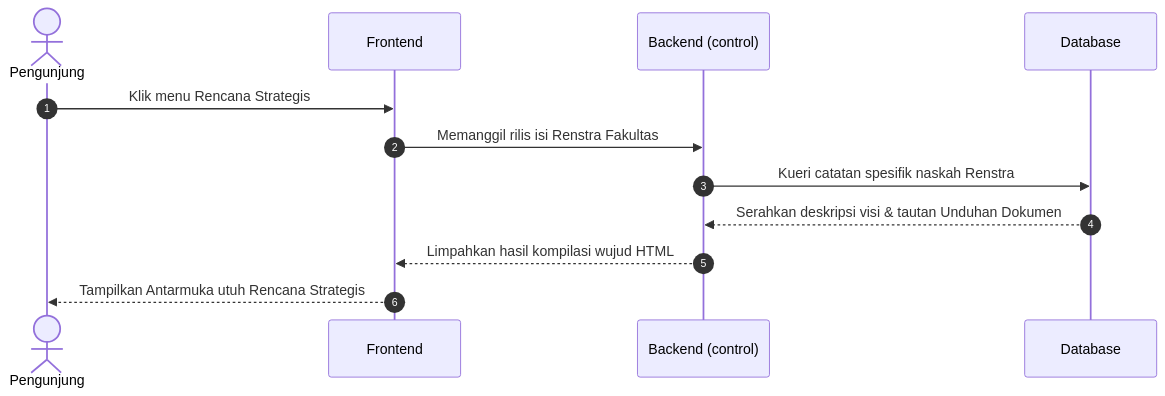
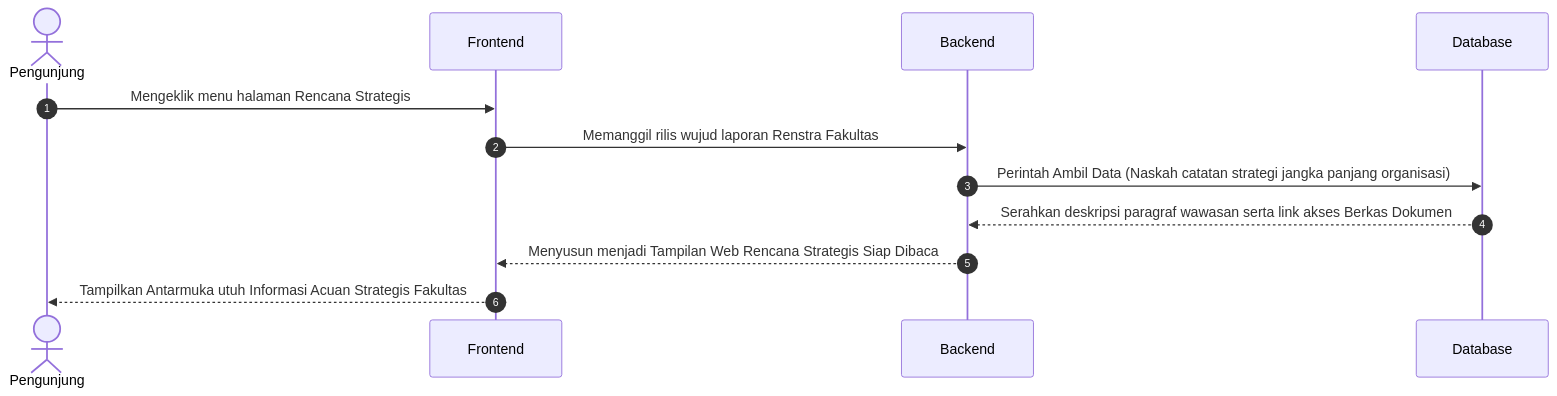
One commit to arbain-dev/Web_fikom changed diagram 15 of 22 in docs/kumpulan_sequence_frontend.md. Above: the diagram before and after it, drawn with Mermaid. The commit also changed other lines of this file and 1 other file, not shown here.

Commit message:
docs: menyederhanakan bahasa teknikal (query, render, html, http, json) menjadi perbendaharaan operasional sederhana di diagram aktivitas public frontend

````diff
--- a/docs/kumpulan_sequence_frontend.md
+++ b/docs/kumpulan_sequence_frontend.md
@@ -289,17 +286,17 @@
 ```mermaid
 sequenceDiagram
     autonumber
     actor User as Pengunjung
-    participant Frontend
-    participant Backend as Backend (control)
-    participant DB as Database
+    participant Frontend as Frontend
+    participant Backend as Backend
+    participant Database as Database
 
-    User->>Frontend: Klik menu Rencana Strategis
-    Frontend->>Backend: Memanggil rilis isi Renstra Fakultas
+    User->>Frontend: Mengeklik menu halaman Rencana Strategis
+    Frontend->>Backend: Memanggil rilis wujud laporan Renstra Fakultas
     
-    Backend->>DB: Kueri catatan spesifik naskah Renstra
-    DB-->>Backend: Serahkan deskripsi visi & tautan Unduhan Dokumen
+    Backend->>Database: Perintah Ambil Data (Naskah catatan strategi jangka panjang organisasi)
+    Database-->>Backend: Serahkan deskripsi paragraf wawasan serta link akses Berkas Dokumen 
     
-    Backend-->>Frontend: Limpahkan hasil kompilasi wujud HTML
-    Frontend-->>User: Tampilkan Antarmuka utuh Rencana Strategis
+    Backend-->>Frontend: Menyusun menjadi Tampilan Web Rencana Strategis Siap Dibaca
+    Frontend-->>User: Tampilkan Antarmuka utuh Informasi Acuan Strategis Fakultas
 ```
````
